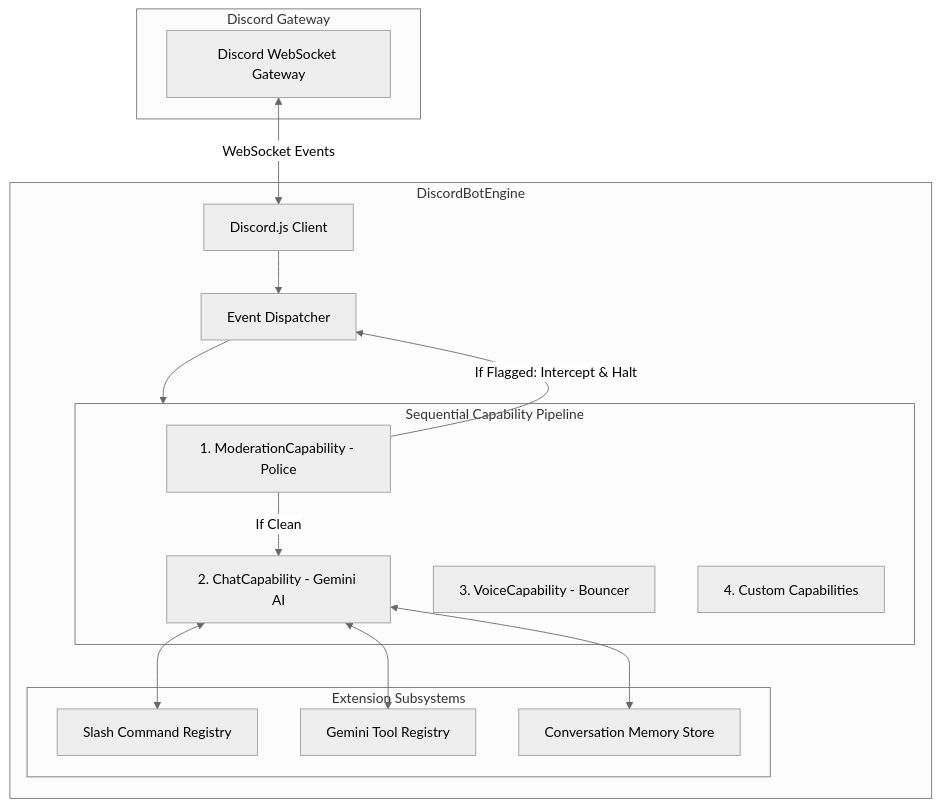
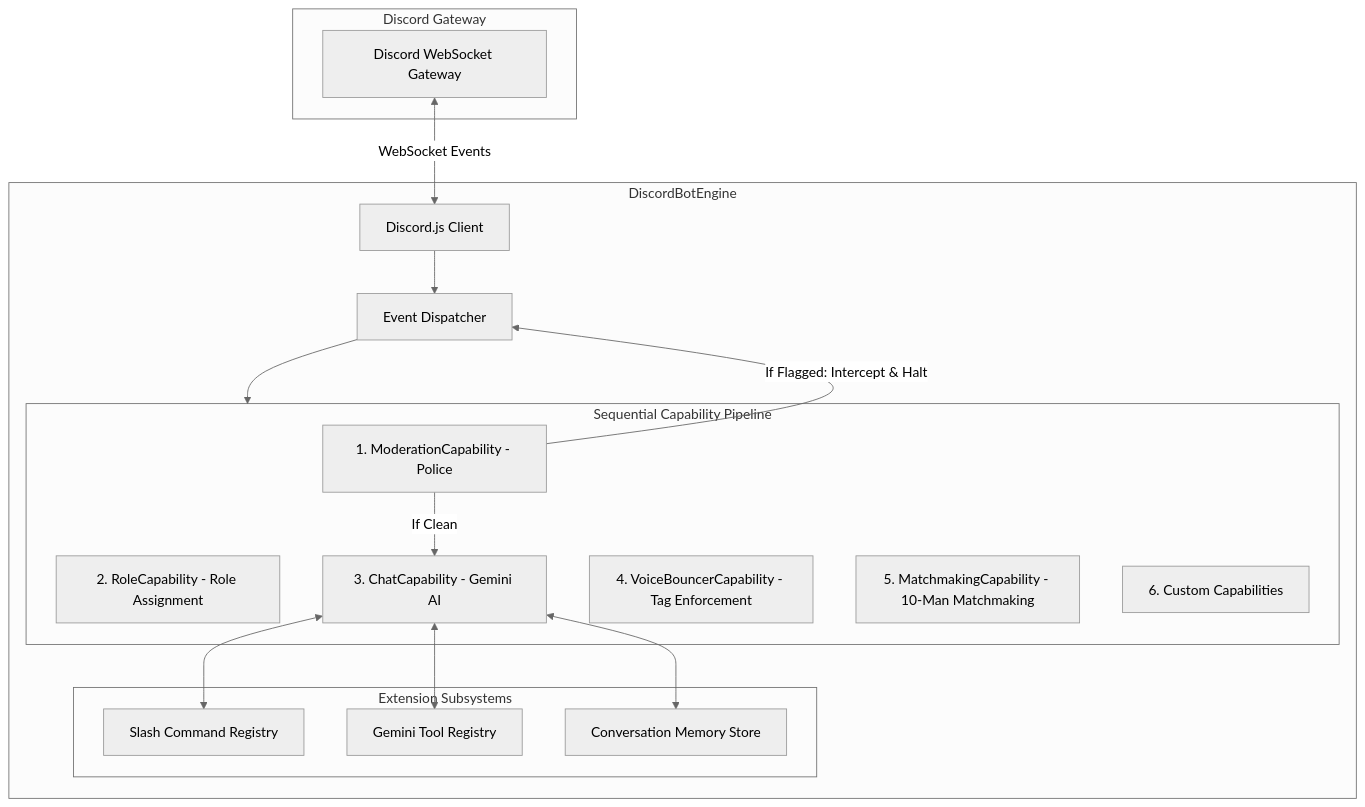
One commit to nthungdev/discord-bot changed the diagram in docs/bot-architecture-design.md. Above: the diagram before and after it, drawn with Mermaid (neutral theme). The commit also changed other lines of this file and 19 other files, not shown here.

First line of the commit message:
refactor(capabilities): rebrand Bouncergon into single-bot voice and matchmaking capabilities (#88)

````diff
--- a/docs/bot-architecture-design.md
+++ b/docs/bot-architecture-design.md
@@ -14,33 +14,35 @@
 ```mermaid
 flowchart TD
     subgraph DiscordCloud [Discord Gateway]
         GW[Discord WebSocket Gateway]
     end
 
     subgraph BotEngineCore [DiscordBotEngine]
         Client[Discord.js Client]
         EventBus[Event Dispatcher]
         
         subgraph Pipeline [Sequential Capability Pipeline]
             CapMod[1. ModerationCapability - Police]
-            CapChat[2. ChatCapability - Gemini AI]
-            CapVoice[3. VoiceCapability - Bouncer]
-            CapCustom[4. Custom Capabilities]
+            CapRole[2. RoleCapability - Role Assignment]
+            CapChat[3. ChatCapability - Gemini AI]
+            CapVoice[4. VoiceBouncerCapability - Tag Enforcement]
+            CapMatch[5. MatchmakingCapability - 10-Man Matchmaking]
+            CapCustom[6. Custom Capabilities]
         end
 
         subgraph Extensions [Extension Subsystems]
             CmdRegistry[Slash Command Registry]
             ToolRegistry[Gemini Tool Registry]
             MemoryStore[Conversation Memory Store]
         end
     end
 
     GW <-->|WebSocket Events| Client
     Client --> EventBus
     EventBus --> Pipeline
     CapMod -->|If Clean| CapChat
     CapMod -->|If Flagged: Intercept & Halt| EventBus
     CapChat <--> ToolRegistry
     CapChat <--> MemoryStore
     CapChat <--> CmdRegistry
 ```
````
